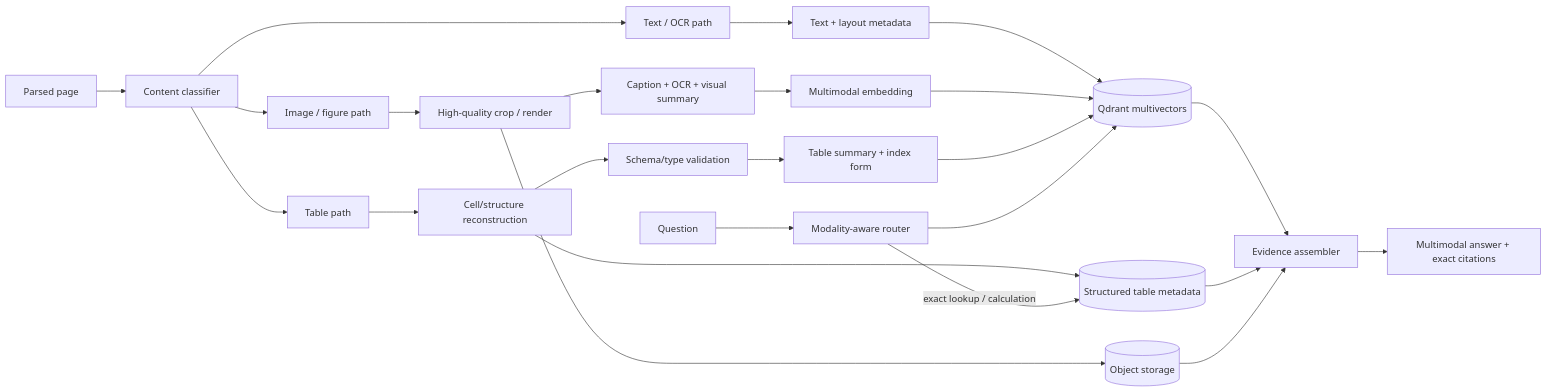
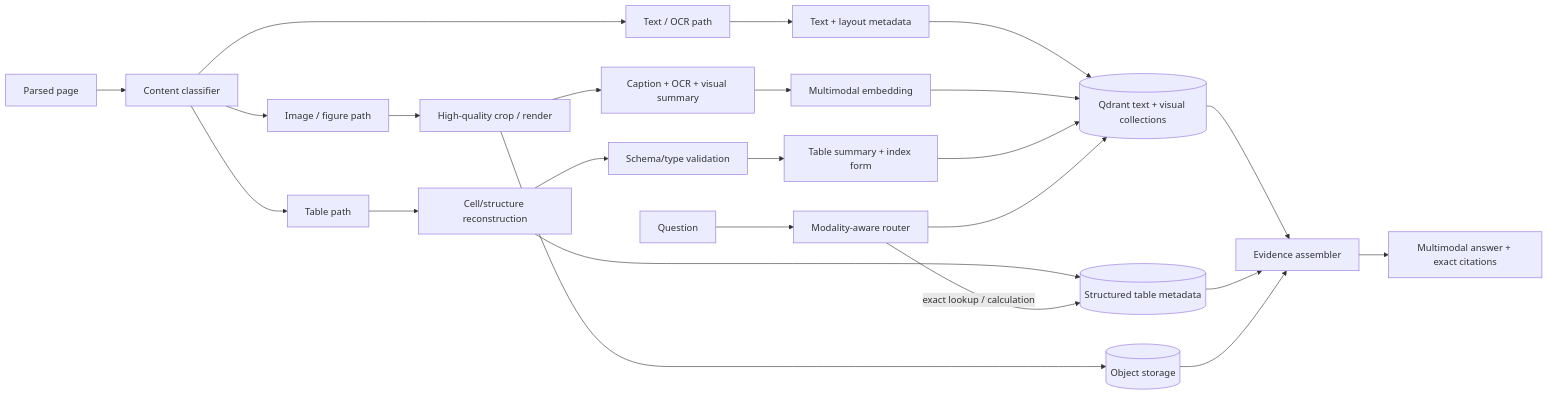
One commit to mvyas412/ai-projects changed the eighth of 11 diagrams in mm-rag-full-stack-genai-bootcamp-3.0/docs/architecture/ARCHITECTURE.md. Above: the diagram before and after it, drawn with Mermaid. The commit also changed other lines of this file and 11 other files, not shown here.

Commit message:
docs(mm-rag): accept Phase 6 architecture decisions

````diff
--- a/mm-rag-full-stack-genai-bootcamp-3.0/docs/architecture/ARCHITECTURE.md
+++ b/mm-rag-full-stack-genai-bootcamp-3.0/docs/architecture/ARCHITECTURE.md
@@ -459,26 +460,26 @@
 ```mermaid
 flowchart LR
     page["Parsed page"] --> classify["Content classifier"]
     classify --> text["Text / OCR path"]
     classify --> image["Image / figure path"]
     classify --> table["Table path"]
     text --> chunks["Text + layout metadata"]
     image --> crop["High-quality crop / render"]
     crop --> vision["Caption + OCR + visual summary"]
     vision --> ivec["Multimodal embedding"]
     table --> structure["Cell/structure reconstruction"]
     structure --> validate["Schema/type validation"]
     validate --> tsummary["Table summary + index form"]
-    chunks --> qdrant[("Qdrant multivectors")]
+    chunks --> qdrant[("Qdrant text + visual collections")]
     ivec --> qdrant
     tsummary --> qdrant
     crop --> objects[("Object storage")]
     structure --> pg[("Structured table metadata")]
     query["Question"] --> route["Modality-aware router"]
     route --> qdrant
     route -->|"exact lookup / calculation"| pg
     qdrant --> evidence["Evidence assembler"]
     pg --> evidence
     objects --> evidence
     evidence --> answer["Multimodal answer + exact citations"]
 ```
````
